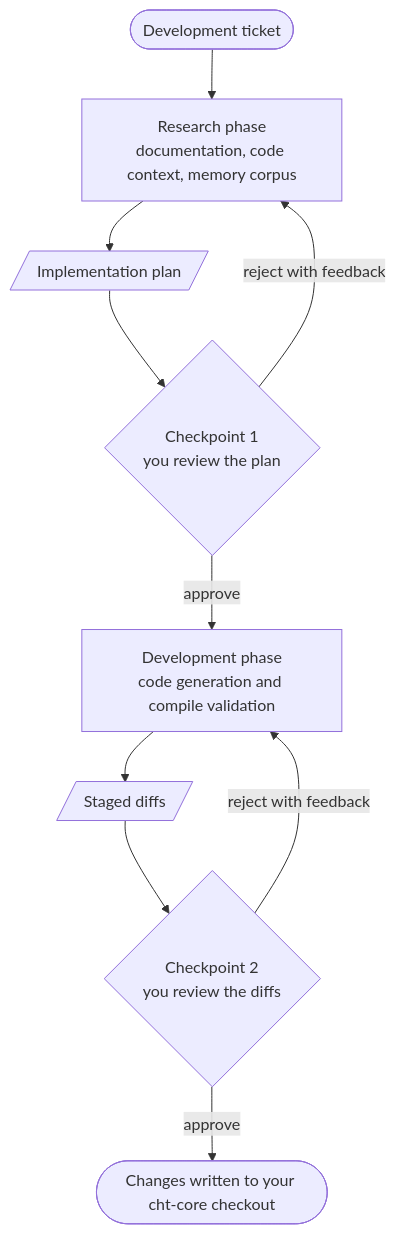
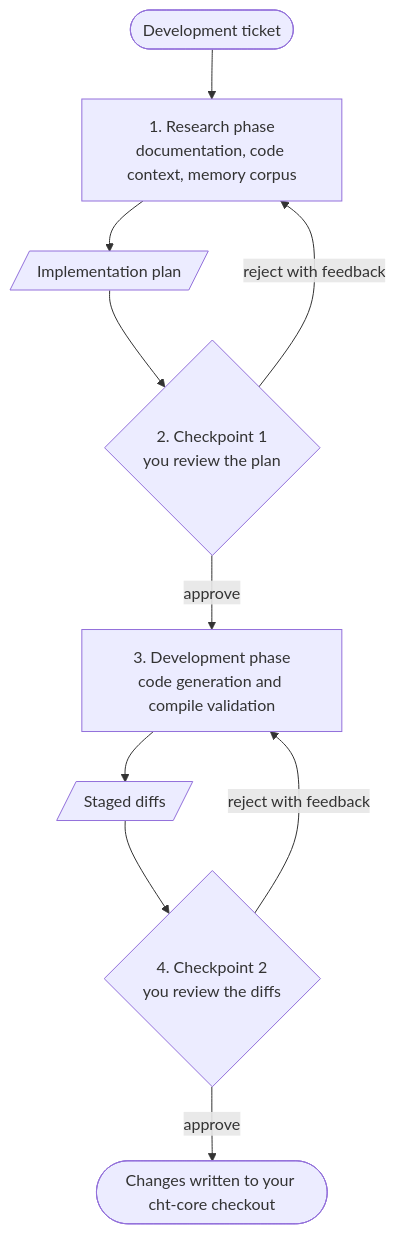
One commit to medic/cht-docs changed the diagram in content/en/ai/cht-agent.md. Above: the diagram before and after it, drawn with Mermaid. The commit also changed other lines of this file, not shown here.

Commit message:
feat(#2216): widen the intro to CHT development, note cht-conf status, number the diagram

````diff
--- a/content/en/ai/cht-agent.md
+++ b/content/en/ai/cht-agent.md
@@ -24,12 +26,12 @@
 ```mermaid
 flowchart TD
     T([Development ticket]) --> R
-    R["Research phase<br/>documentation, code context, memory corpus"] --> P[/"Implementation plan"/]
-    P --> C1{"Checkpoint 1<br/>you review the plan"}
+    R["1. Research phase<br/>documentation, code context, memory corpus"] --> P[/"Implementation plan"/]
+    P --> C1{"2. Checkpoint 1<br/>you review the plan"}
     C1 -->|approve| D
     C1 -->|reject with feedback| R
-    D["Development phase<br/>code generation and compile validation"] --> S[/"Staged diffs"/]
-    S --> C2{"Checkpoint 2<br/>you review the diffs"}
+    D["3. Development phase<br/>code generation and compile validation"] --> S[/"Staged diffs"/]
+    S --> C2{"4. Checkpoint 2<br/>you review the diffs"}
     C2 -->|approve| W(["Changes written to your cht-core checkout"])
     C2 -->|reject with feedback| D
 ```
````
